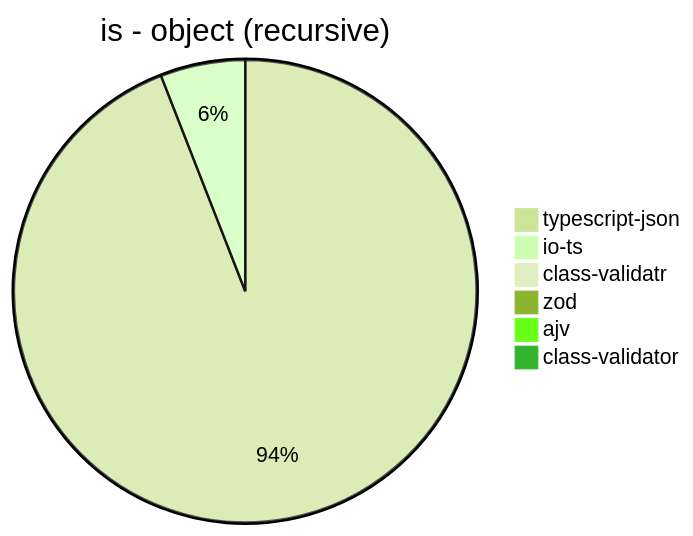
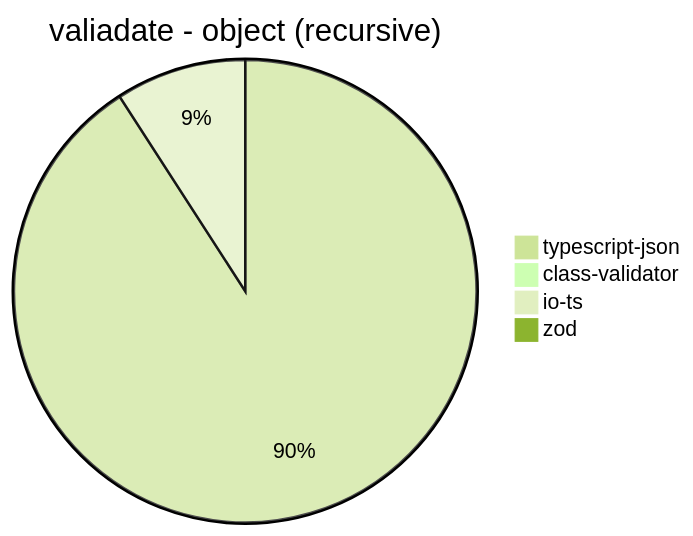
One commit to samchon/typia changed the tenth of 32 diagrams in benchmark/results/AMD Ryzen 7 5800H with Radeon Graphics.md. Above: the diagram before and after it, drawn with Mermaid (forest theme). The commit also changed other lines of this file and 14 other files, not shown here.

Commit message:
Close #243 and Fix #244 - enhance json schema

````diff
--- a/benchmark/results/AMD Ryzen 7 5800H with Radeon Graphics.md
+++ b/benchmark/results/AMD Ryzen 7 5800H with Radeon Graphics.md
@@ -121,9 +127,7 @@
 ```mermaid
-pie title is - object (recursive)
-  "typescript-json": 74587.65159867695
-  "io-ts": 4701.476216511755
-  "class-validatr": 0
-  "zod": 68.32412523020258
-  "ajv": 0
-  "class-validator": 64.15163112812101
+pie title valiadate - object (recursive)
+  "typescript-json": 18673.66307720387
+  "class-validator": 65.41040043486139
+  "io-ts": 1874.243813015582
+  "zod": 73.2119391777736
 ```
````
